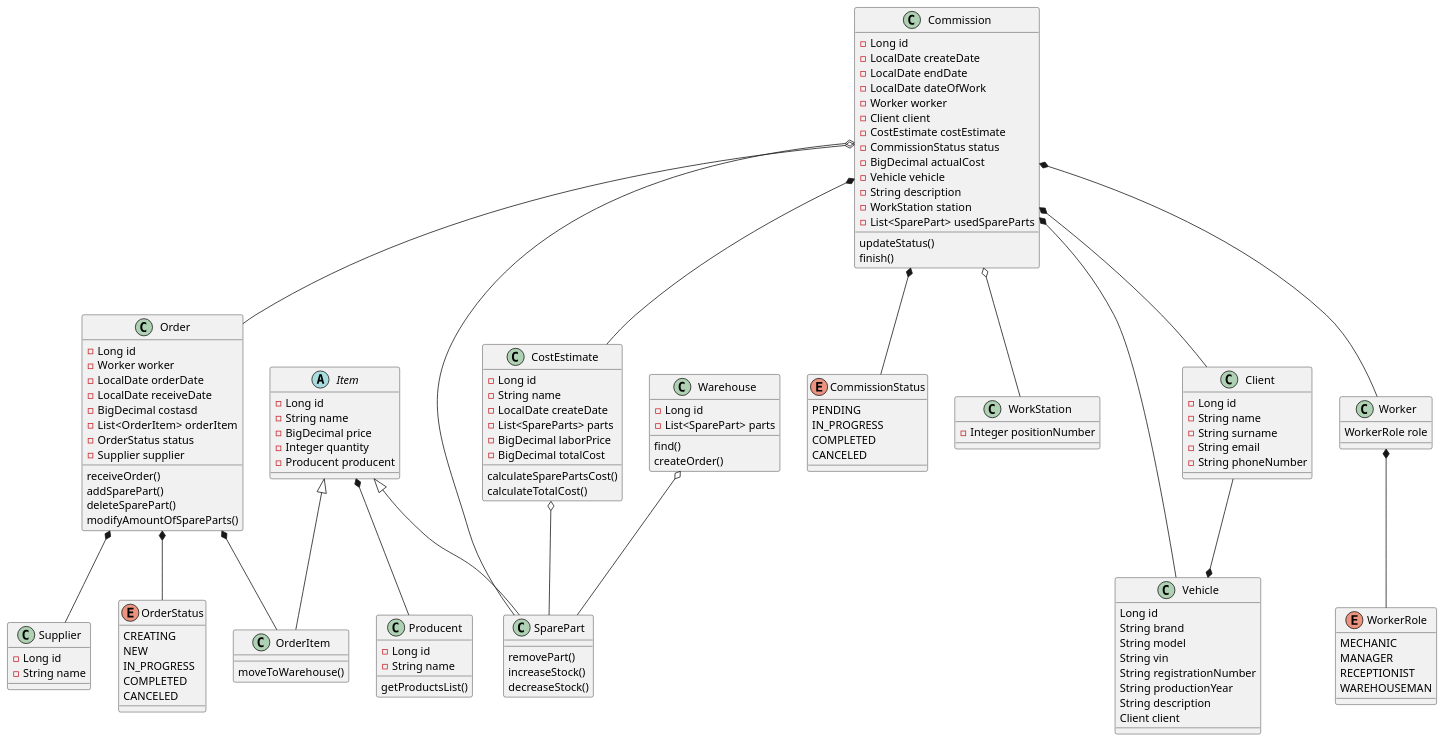
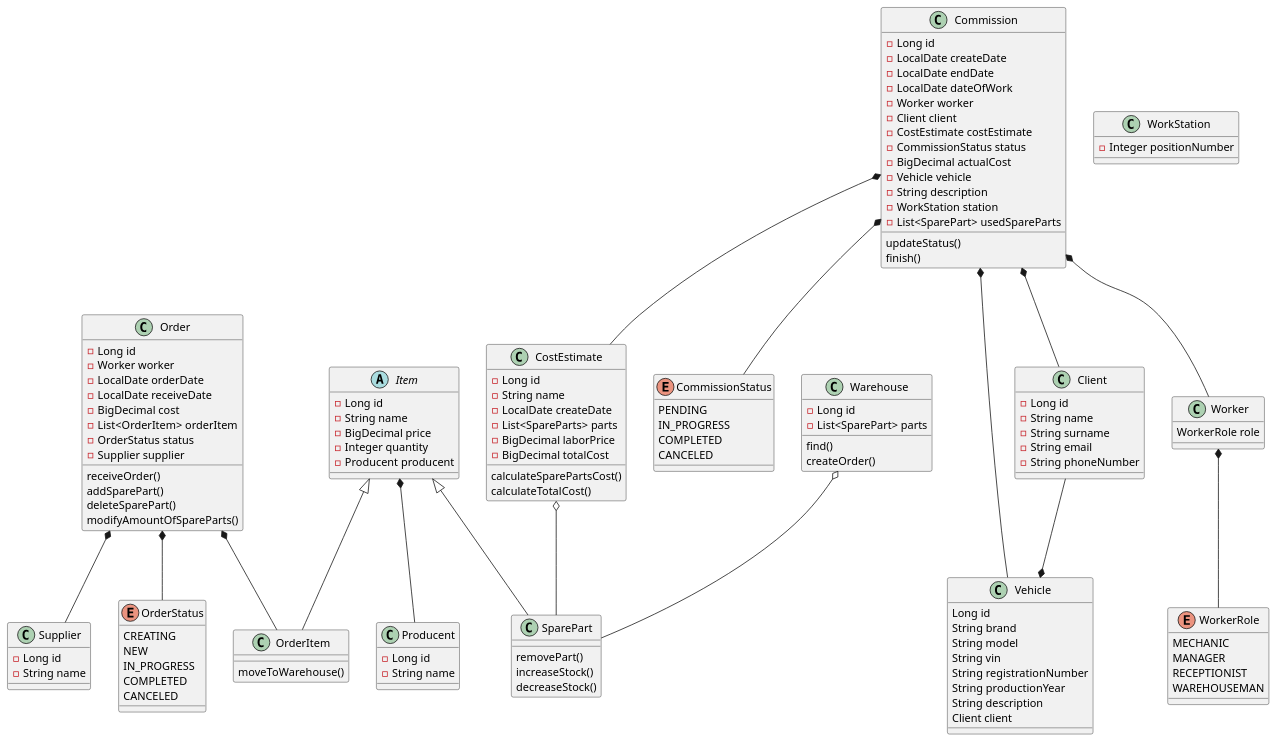
Before and after one commit to WojciechGos/Car-Service: the diagram in src/main/java/com/carservice/CarService/main.puml, drawn with PlantUML. The commit also changed 1 other file, not shown here.

```diff
--- a/src/main/java/com/carservice/CarService/main.puml
+++ b/src/main/java/com/carservice/CarService/main.puml
@@ -1,198 +1,194 @@
- @startuml
+@startuml
 'https://plantuml.com/class-diagram
 class Order {
     - Long id
     - Worker worker
     - LocalDate orderDate
     - LocalDate receiveDate
-    - BigDecimal costasd
+    - BigDecimal cost
     - List<OrderItem> orderItem
     - OrderStatus status
     - Supplier supplier
 
     'For warehouseman to set status COMPLETED
     receiveOrder()
     addSparePart()
     deleteSparePart()
     modifyAmountOfSpareParts()
 }
 
 class Commission {
     - Long id
     - LocalDate createDate
     - LocalDate endDate
     'pokrywa sie z podnosnikami
     - LocalDate dateOfWork
     - Worker worker
     - Client client
     - CostEstimate costEstimate
     - CommissionStatus status
     - BigDecimal actualCost
     - Vehicle vehicle
     - String description
     - WorkStation station
     - List<SparePart> usedSpareParts
 
 
     updateStatus()
     finish()
 
 }
 
 
 class Producent {
     - Long id
     - String name
-
-    getProductsList()
 }
 
 class Supplier {
     - Long id
     - String name
 }
 
 
 class CostEstimate {
     - Long id
     - String name
     - LocalDate createDate
     - List<SpareParts> parts
     - BigDecimal laborPrice
     - BigDecimal totalCost
 
     calculateSparePartsCost()
     calculateTotalCost()
 }
 
 
 enum CommissionStatus{
     PENDING
     IN_PROGRESS
     COMPLETED
     CANCELED
 }
 
 'car lift station
 class WorkStation {
     - Integer positionNumber
 }
 
 
 
 class Vehicle {
     Long id
     String brand
     String model
     String vin
     String registrationNumber
     String productionYear
     String description
     Client client
 }
 
 
 enum WorkerRole {
     MECHANIC
     MANAGER
     RECEPTIONIST
     WAREHOUSEMAN
 }
 
 class Worker {
     WorkerRole role
 }
 
 enum OrderStatus {
     CREATING
     NEW
     IN_PROGRESS
     COMPLETED
     CANCELED
 }
 
 'Our warehouse
 class Warehouse {
     - Long id
     - List<SparePart> parts
 
     find()
     createOrder()
 }
 
 abstract class Item {
     - Long id
     - String name
     - BigDecimal price
     - Integer quantity
     - Producent producent
 }
 'Spare part that is not in warehouse
 class OrderItem extends Item {
     moveToWarehouse()
 }
 'Spare part that is actually in warehouse
 class SparePart extends Item {
     removePart()
     increaseStock()
     decreaseStock()
 }
 
 
 
 
 class Client {
     - Long id
     - String name
     - String surname
     - String email
     - String phoneNumber
 
 }
 
 
 
 
 Item *-- Producent
 
 Commission *-- Client
 Commission *-- Worker
 Commission *-- Vehicle
 Commission *-- CostEstimate
 Commission *-- CommissionStatus
-Commission o-- WorkStation
-Commission o-- Order
-Commission o-- SparePart
 
 Client --* Vehicle
 
 CostEstimate o-- SparePart
 
 Order *-- OrderItem
 Order *-- OrderStatus
 Order *-- Supplier
 
 Worker *-- WorkerRole
+
 
 Warehouse o-- SparePart
 
 'abstract class AbstractList
 'abstract AbstractCollection
 'interface List
 'interface Collection
 '
 '
 '
 'List <|-- AbstractList
 'Collection <|-- AbstractCollection
 '
 'Collection <|- List
 'AbstractCollection <|- AbstractList
 'AbstractList <|-- ArrayList
 '
 'class ArrayList {
 'Object[] elementData
 'size()
 '}
 
 @enduml
```
